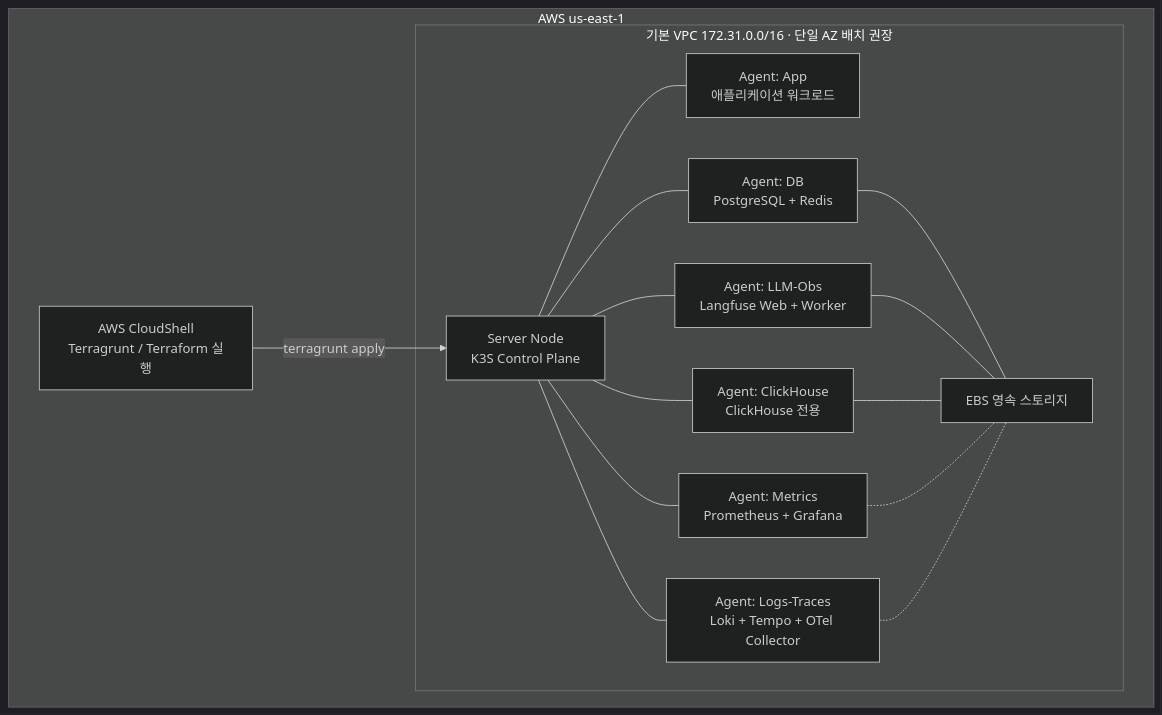
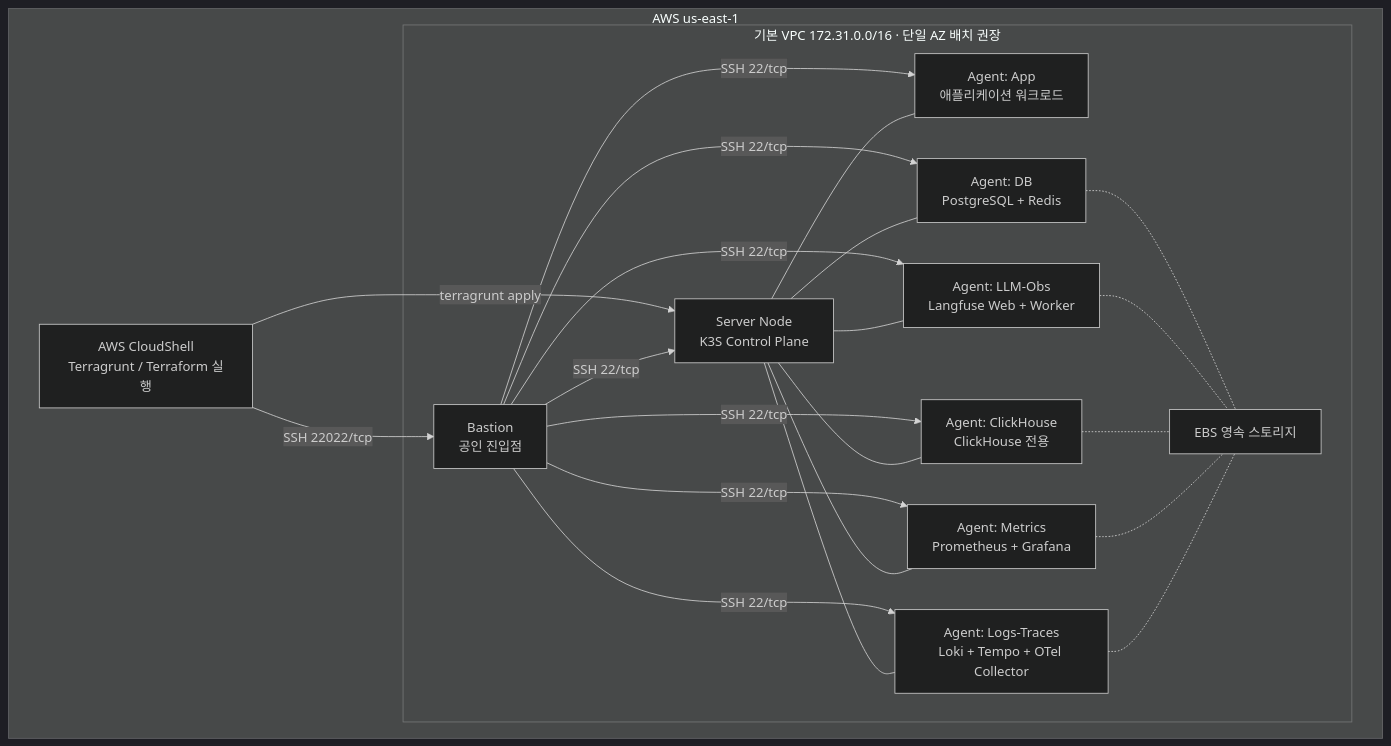
Before and after one commit to dev-len/upstage_ops: the second of 6 diagrams in docs/architecture.md, drawn with Mermaid (dark theme). The commit also changed other lines of this file, not shown here.

Commit message:
학습 계정 접근 경계를 아키텍처 문서에 고정한다
문서가 아직 bastion 도입 전 접근 모델을 일부 미결정으로 남기고 있어서 현재 운영 기준과 어긋나 있었다. private fleet는 public IP 없이 유지하고, 외부 진입점은 bastion 하나로 고정하며, bastion 외부 포트와 내부 노드 SSH 포트를 분리한 현재 경계를 아키텍처 문서에 반영했다.

Constraint: 학습 계정에서는 SG, EBS, 태그 정리에 IAM 제약이 있어 일반적인 Terraform 완전 관리 패턴을 그대로 문서화할 수 없다
Rejected: 기존 초안 유지 | 실제 운영 경로와 문서가 어긋나 후속 작업자가 잘못된 접근 모델을 따르게 된다
Confidence: high
Scope-risk: narrow
Reversibility: clean
Directive: bastion 경계와 private-only fleet 원칙을 바꾸려면 ADR과 운영 runbook을 함께 갱신할 것
Tested: git diff --check
Not-tested: CloudShell 재배포 검증, 문서 외 구현 변경 없음

````diff
--- a/docs/architecture.md
+++ b/docs/architecture.md
@@ -67,31 +70,40 @@
 ```mermaid
 flowchart TB
   subgraph AWS["AWS us-east-1"]
     CloudShell["AWS CloudShell<br/>Terragrunt / Terraform 실행"]
 
     subgraph Network["기본 VPC 172.31.0.0/16 · 단일 AZ 배치 권장"]
+      Bastion["Bastion<br/>공인 진입점"]
       CP["Server Node<br/>K3S Control Plane"]
       APP["Agent: App<br/>애플리케이션 워크로드"]
       METRICS["Agent: Metrics<br/>Prometheus + Grafana"]
       LOGSTRACE["Agent: Logs-Traces<br/>Loki + Tempo + OTel Collector"]
       DB["Agent: DB<br/>PostgreSQL + Redis"]
       LLM["Agent: LLM-Obs<br/>Langfuse Web + Worker"]
       CH["Agent: ClickHouse<br/>ClickHouse 전용"]
       EBS["EBS 영속 스토리지"]
     end
   end
 
   CloudShell -->|"terragrunt apply"| CP
+  CloudShell -->|"SSH 22022/tcp"| Bastion
+  Bastion -->|"SSH 22/tcp"| CP
+  Bastion -->|"SSH 22/tcp"| APP
+  Bastion -->|"SSH 22/tcp"| METRICS
+  Bastion -->|"SSH 22/tcp"| LOGSTRACE
+  Bastion -->|"SSH 22/tcp"| DB
+  Bastion -->|"SSH 22/tcp"| LLM
+  Bastion -->|"SSH 22/tcp"| CH
   CP --- APP
   CP --- METRICS
   CP --- LOGSTRACE
   CP --- DB
   CP --- LLM
   CP --- CH
-  DB --- EBS
-  LLM --- EBS
-  CH --- EBS
+  DB -.- EBS
+  LLM -.- EBS
+  CH -.- EBS
   METRICS -.- EBS
   LOGSTRACE -.- EBS
 
 ```
````
